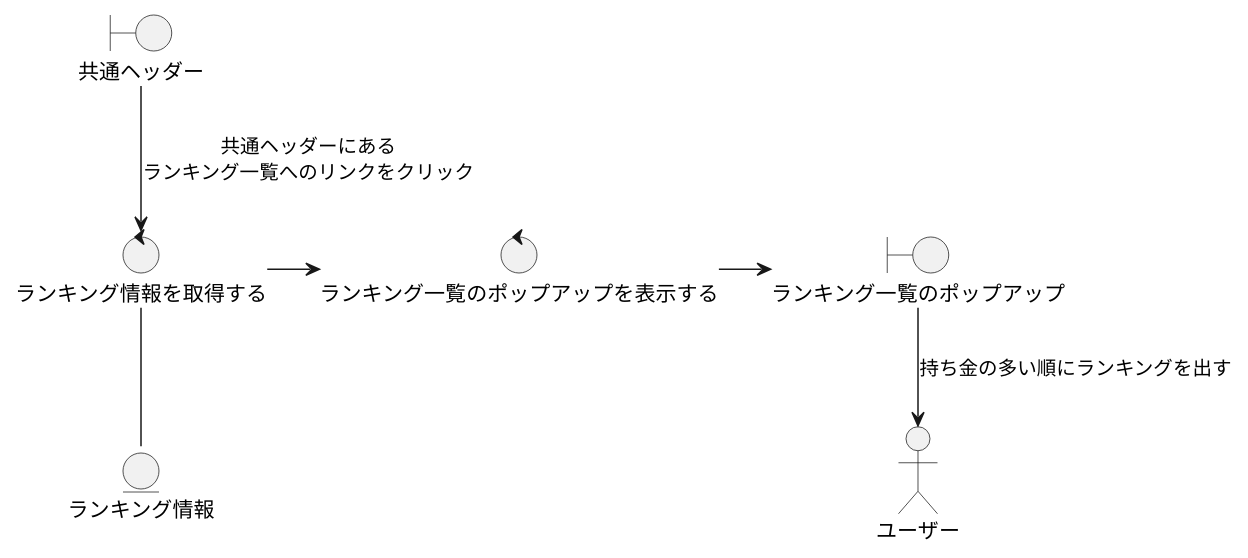
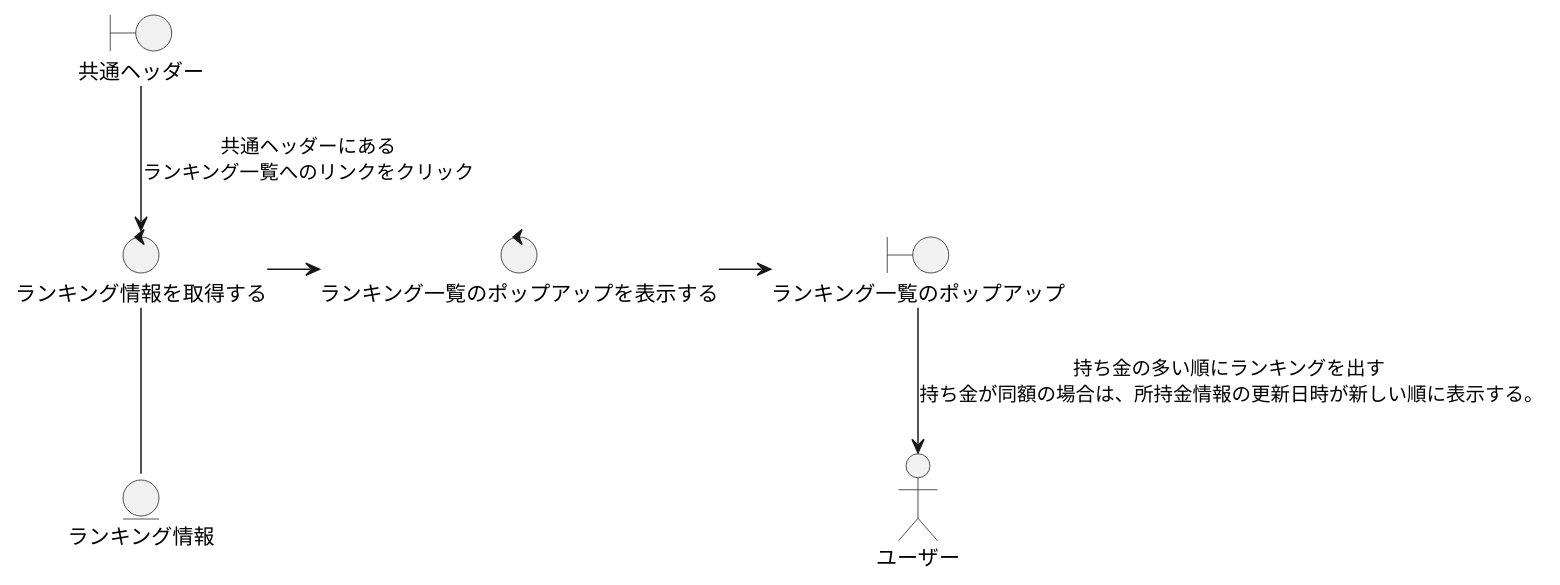
Before and after one commit to CSTSCSTS/UserAp: the diagram in docs/詳細設計/ロバストネス図/ランキング/ランキング表示する(ロバストネス図).puml, drawn with PlantUML. The commit also changed 5 other files, not shown here.

Commit message:
ロバストネス図を修正

```diff
--- a/docs/詳細設計/ロバストネス図/ランキング/ランキング表示する(ロバストネス図).puml
+++ b/docs/詳細設計/ロバストネス図/ランキング/ランキング表示する(ロバストネス図).puml
@@ -1,18 +1,18 @@
 @startuml
 
 actor ユーザー
 
 boundary 共通ヘッダー
 boundary ランキング一覧のポップアップ
 control ランキング情報を取得する
 control ランキング一覧のポップアップを表示する
 entity ランキング情報
 
 '基本コース
 共通ヘッダー -down-> ランキング情報を取得する : 共通ヘッダーにある\nランキング一覧へのリンクをクリック
 ランキング情報を取得する -right-> ランキング一覧のポップアップを表示する
 ランキング一覧のポップアップを表示する -right-> ランキング一覧のポップアップ
-ランキング一覧のポップアップ -down-> ユーザー : 持ち金の多い順にランキングを出す 
+ランキング一覧のポップアップ -down-> ユーザー : 持ち金の多い順にランキングを出す \n持ち金が同額の場合は、所持金情報の更新日時が新しい順に表示する。
 
 ランキング情報を取得する -down- ランキング情報
 @enduml
```
